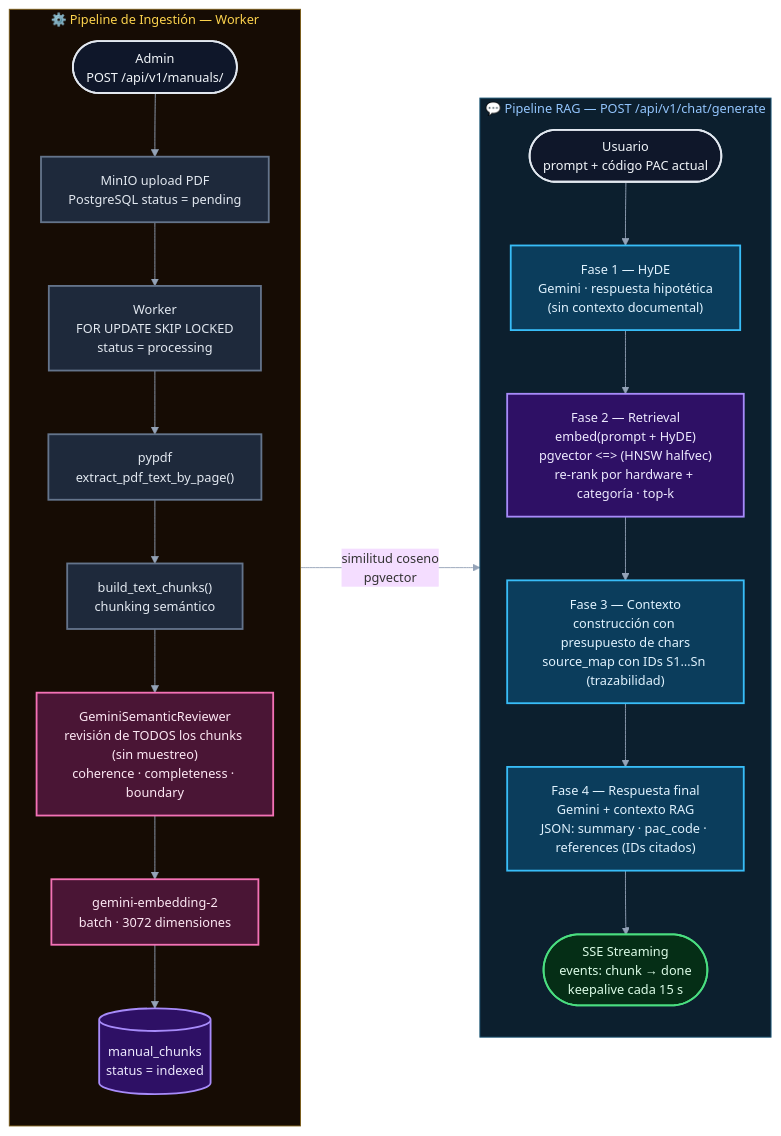
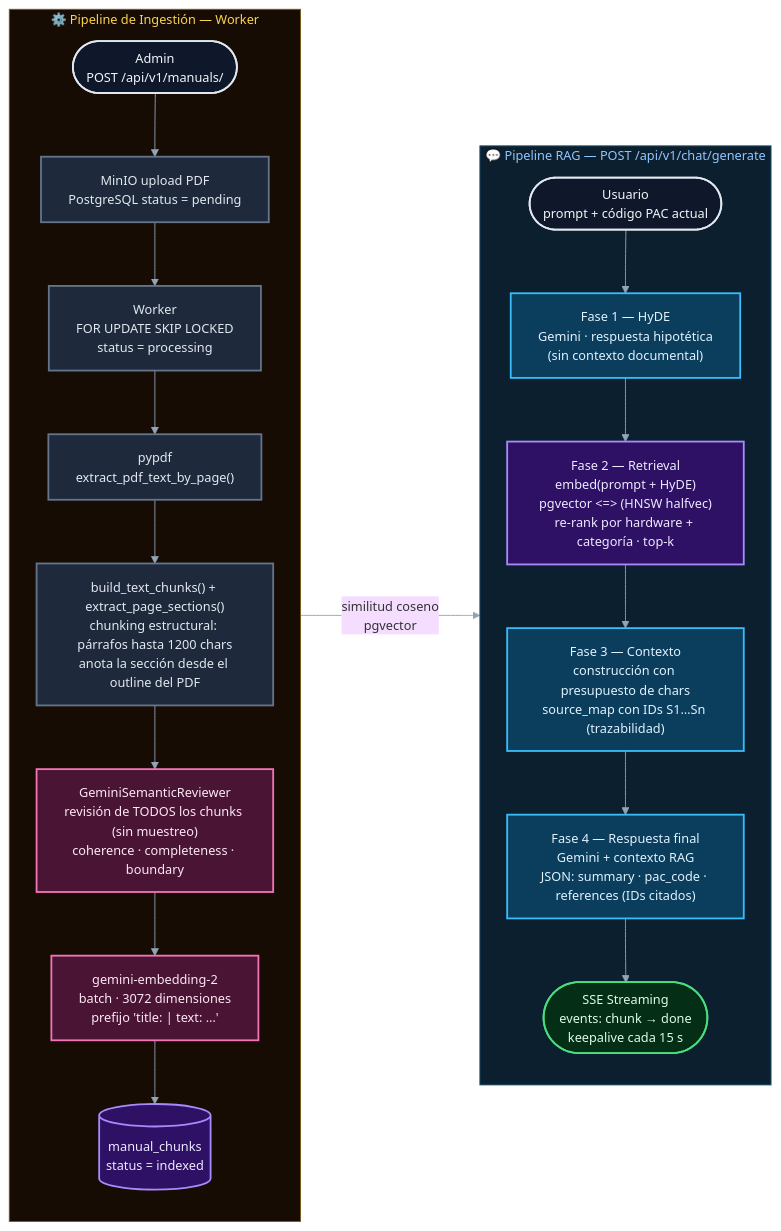
One commit to soviedos/rc7_programming_assistant changed the second of 2 diagrams in README.md. Above: the diagram before and after it, drawn with Mermaid. The commit also changed 3 other files, not shown here.

````diff
--- a/README.md
+++ b/README.md
@@ -72,40 +72,40 @@
 ```mermaid
 %%{init: {'theme':'base','themeVariables':{'fontFamily':'ui-sans-serif, system-ui','fontSize':'14px','lineColor':'#94a3b8'},'flowchart':{'curve':'basis','nodeSpacing':40,'rankSpacing':45}}}%%
 flowchart LR
     subgraph Ingest["⚙️  Pipeline de Ingestión  —  Worker"]
         direction TB
         I1(["Admin\nPOST /api/v1/manuals/"]):::io
         I2["MinIO upload PDF\nPostgreSQL  status = pending"]:::process
         I3["Worker\nFOR UPDATE SKIP LOCKED\nstatus = processing"]:::process
         I4["pypdf\nextract_pdf_text_by_page()"]:::process
-        I5["build_text_chunks()\nchunking semántico"]:::process
+        I5["build_text_chunks() + extract_page_sections()\nchunking estructural: párrafos hasta 1200 chars\nanota la sección desde el outline del PDF"]:::process
         I6["GeminiSemanticReviewer\nrevisión de TODOS los chunks (sin muestreo)\ncoherence · completeness · boundary"]:::gemini
-        I7["gemini-embedding-2\nbatch · 3072 dimensiones"]:::gemini
+        I7["gemini-embedding-2\nbatch · 3072 dimensiones\nprefijo 'title: <sección> | text: …'"]:::gemini
         I8[("manual_chunks\nstatus = indexed")]:::data
 
         I1 --> I2 --> I3 --> I4 --> I5 --> I6 --> I7 --> I8
     end
 
     subgraph RAG["💬  Pipeline RAG  —  POST /api/v1/chat/generate"]
         direction TB
         R1(["Usuario\nprompt + código PAC actual"]):::io
         R2["Fase 1 — HyDE\nGemini · respuesta hipotética\n(sin contexto documental)"]:::phase
         R3["Fase 2 — Retrieval\nembed(prompt + HyDE)\npgvector &lt;=&gt; (HNSW halfvec)\nre-rank por hardware + categoría · top-k"]:::data
         R4["Fase 3 — Contexto\nconstrucción con presupuesto de chars\nsource_map con IDs S1…Sn (trazabilidad)"]:::phase
         R5["Fase 4 — Respuesta final\nGemini + contexto RAG\nJSON: summary · pac_code · references (IDs citados)"]:::phase
         R6(["SSE Streaming\nevents: chunk → done\nkeepalive cada 15 s"]):::ok
 
         R1 --> R2 --> R3 --> R4 --> R5 --> R6
     end
 
     I8 --->|"similitud coseno\npgvector"| R3
 
     classDef io fill:#0f172a,stroke:#e2e8f0,stroke-width:2px,color:#f1f5f9
     classDef process fill:#1e293b,stroke:#64748b,stroke-width:2px,color:#e2e8f0
     classDef gemini fill:#4a1535,stroke:#f472b6,stroke-width:2px,color:#fce7f3
     classDef data fill:#2e1065,stroke:#a78bfa,stroke-width:2px,color:#ede9fe
     classDef phase fill:#0b3d5c,stroke:#38bdf8,stroke-width:2px,color:#e0f2fe
     classDef ok fill:#052e16,stroke:#4ade80,stroke-width:2px,color:#dcfce7
     style Ingest fill:#160c04,stroke:#7a5a16,color:#fcd34d
     style RAG fill:#0c1f2e,stroke:#1e5a7a,color:#93c5fd
 ```
````
